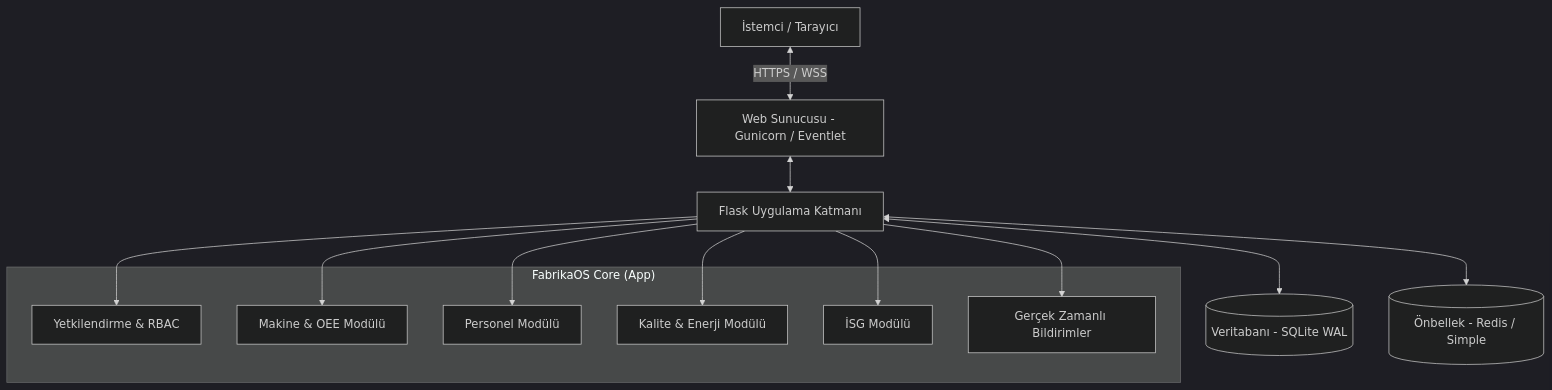
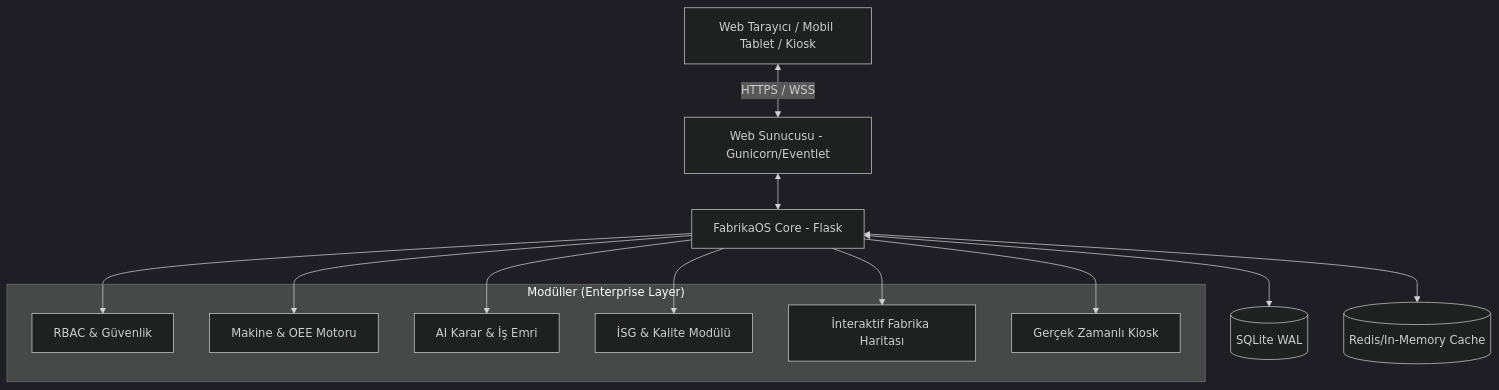
The diagram in README.md (Scryne/FabrikaOS), drawn with Mermaid (dark theme) before and after one commit. The commit also changed other lines of this file and 59 other files, not shown here.

````diff
--- a/README.md
+++ b/README.md
@@ -34,32 +54,30 @@
 ```mermaid
 graph TD
-    %% Katmanlar
-    Client[İstemci / Tarayıcı]
-    Web[Web Sunucusu - Gunicorn / Eventlet]
-    App[Flask Uygulama Katmanı]
-    DB[(Veritabanı - SQLite WAL)]
-    Cache[(Önbellek - Redis / Simple)]
+    Client[Web Tarayıcı / Mobil Tablet / Kiosk]
+    Web[Web Sunucusu - Gunicorn/Eventlet]
+    App[FabrikaOS Core - Flask]
+    DB[(SQLite WAL)]
+    Cache[(Redis/In-Memory Cache)]
     
-    %% Bileşenler
     Client <-->|HTTPS / WSS| Web
     Web <--> App
     
-    subgraph "FabrikaOS Core (App)"
-        Auth[Yetkilendirme & RBAC]
-        Mod1[Makine & OEE Modülü]
-        Mod2[Personel Modülü]
-        Mod3[Kalite & Enerji Modülü]
-        Mod4[İSG Modülü]
-        Notif[Gerçek Zamanlı Bildirimler]
+    subgraph "Modüller (Enterprise Layer)"
+        Auth[RBAC & Güvenlik]
+        Mod1[Makine & OEE Motoru]
+        Mod2[AI Karar & İş Emri]
+        Mod3[İSG & Kalite Modülü]
+        Map[İnteraktif Fabrika Haritası]
+        Kiosk[Gerçek Zamanlı Kiosk]
     end
     
     App --> Auth
     App --> Mod1
     App --> Mod2
     App --> Mod3
-    App --> Mod4
-    App --> Notif
+    App --> Map
+    App --> Kiosk
     
     App <--> DB
     App <--> Cache
 ```
````
